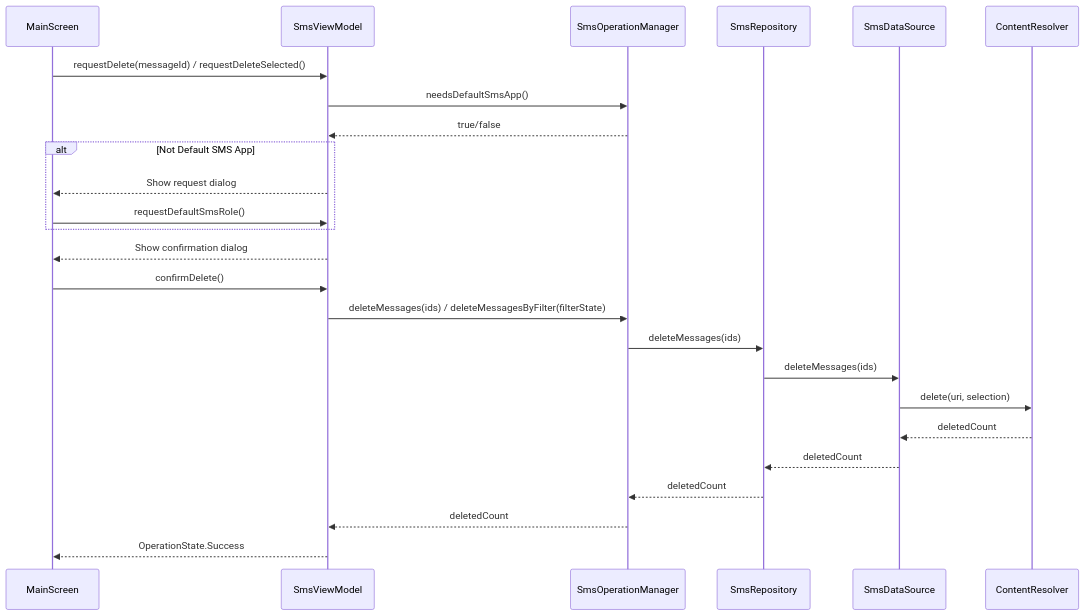
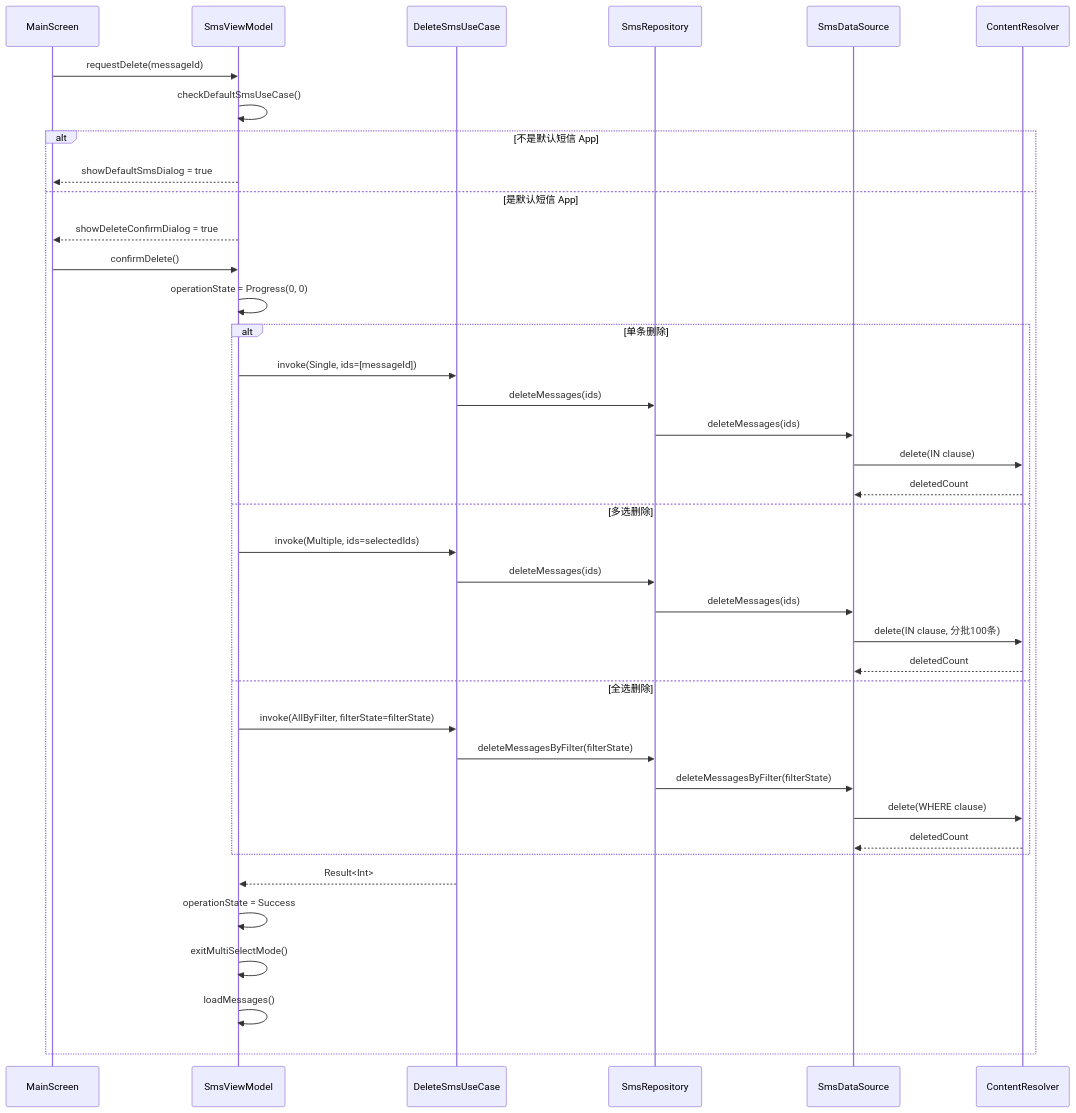
The third of 5 diagrams in docs/ARCHITECTURE.md (yuameshi/sms-cleaner), drawn with Mermaid before and after one commit. The commit also changed other lines of this file and 10 other files, not shown here.

````diff
--- a/docs/ARCHITECTURE.md
+++ b/docs/ARCHITECTURE.md
@@ -196,31 +333,44 @@
 ```mermaid
 sequenceDiagram
-    participant UI as MainScreen
-    participant VM as SmsViewModel
-    participant SOM as SmsOperationManager
-    participant Repo as SmsRepository
-    participant DS as SmsDataSource
-    participant CR as ContentResolver
-    
-    UI->>VM: requestDelete(messageId) / requestDeleteSelected()
-    VM->>SOM: needsDefaultSmsApp()
-    SOM-->>VM: true/false
-    
-    alt Not Default SMS App
-        VM-->>UI: Show request dialog
-        UI->>VM: requestDefaultSmsRole()
+    participant MainScreen
+    participant SmsViewModel
+    participant DeleteSmsUseCase
+    participant SmsRepository
+    participant SmsDataSource
+    participant ContentResolver
+
+    MainScreen->>SmsViewModel: requestDelete(messageId)
+    SmsViewModel->>SmsViewModel: checkDefaultSmsUseCase()
+    alt 不是默认短信 App
+        SmsViewModel-->>MainScreen: showDefaultSmsDialog = true
+    else 是默认短信 App
+        SmsViewModel-->>MainScreen: showDeleteConfirmDialog = true
+        MainScreen->>SmsViewModel: confirmDelete()
+        SmsViewModel->>SmsViewModel: operationState = Progress(0, 0)
+
+        alt 单条删除
+            SmsViewModel->>DeleteSmsUseCase: invoke(Single, ids=[messageId])
+            DeleteSmsUseCase->>SmsRepository: deleteMessages(ids)
+            SmsRepository->>SmsDataSource: deleteMessages(ids)
+            SmsDataSource->>ContentResolver: delete(IN clause)
+            ContentResolver-->>SmsDataSource: deletedCount
+        else 多选删除
+            SmsViewModel->>DeleteSmsUseCase: invoke(Multiple, ids=selectedIds)
+            DeleteSmsUseCase->>SmsRepository: deleteMessages(ids)
+            SmsRepository->>SmsDataSource: deleteMessages(ids)
+            SmsDataSource->>ContentResolver: delete(IN clause, 分批100条)
+            ContentResolver-->>SmsDataSource: deletedCount
+        else 全选删除
+            SmsViewModel->>DeleteSmsUseCase: invoke(AllByFilter, filterState=filterState)
+            DeleteSmsUseCase->>SmsRepository: deleteMessagesByFilter(filterState)
+            SmsRepository->>SmsDataSource: deleteMessagesByFilter(filterState)
+            SmsDataSource->>ContentResolver: delete(WHERE clause)
+            ContentResolver-->>SmsDataSource: deletedCount
+        end
+
+        DeleteSmsUseCase-->>SmsViewModel: Result<Int>
+        SmsViewModel->>SmsViewModel: operationState = Success
+        SmsViewModel->>SmsViewModel: exitMultiSelectMode()
+        SmsViewModel->>SmsViewModel: loadMessages()
     end
-    
-    VM-->>UI: Show confirmation dialog
-    UI->>VM: confirmDelete()
-    VM->>SOM: deleteMessages(ids) / deleteMessagesByFilter(filterState)
-    SOM->>Repo: deleteMessages(ids)
-    Repo->>DS: deleteMessages(ids)
-    DS->>CR: delete(uri, selection)
-    CR-->>DS: deletedCount
-    DS-->>Repo: deletedCount
-    Repo-->>SOM: deletedCount
-    SOM-->>VM: deletedCount
-    
-    VM-->>UI: OperationState.Success
 ```
````
